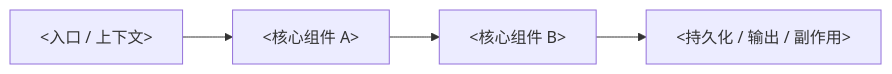
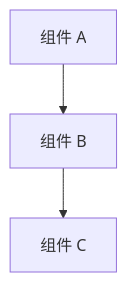
One commit to cangjielanguage-sig/ACEHarness changed the first of 2 diagrams in skills/aceharness-spec-coding/templates/design.md. Above: the diagram before and after it, drawn with Mermaid. The commit also changed other lines of this file and 24 other files, not shown here.

````diff
--- a/skills/aceharness-spec-coding/templates/design.md
+++ b/skills/aceharness-spec-coding/templates/design.md
@@ -27,6 +9,5 @@
 ```mermaid
-flowchart LR
-  A[<入口 / 上下文>] --> B[<核心组件 A>]
-  B --> C[<核心组件 B>]
-  C --> D[<持久化 / 输出 / 副作用>]
+graph TD
+    A[组件 A] --> B[组件 B]
+    B --> C[组件 C]
 ```
````
